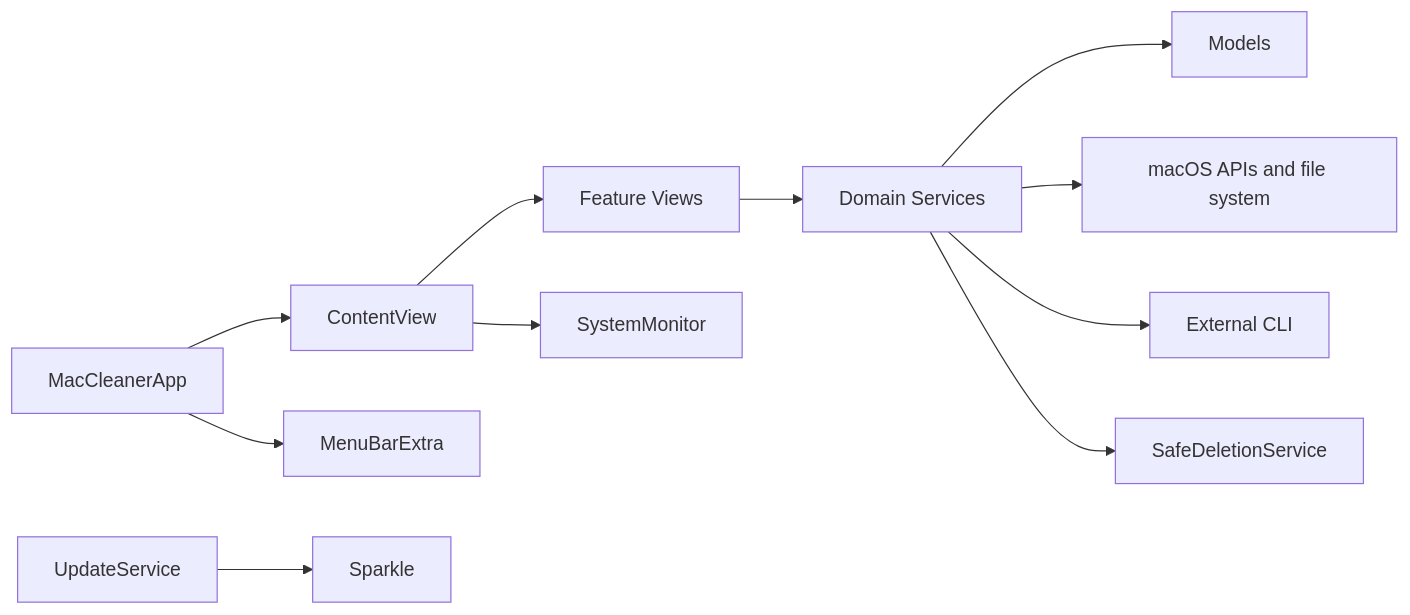
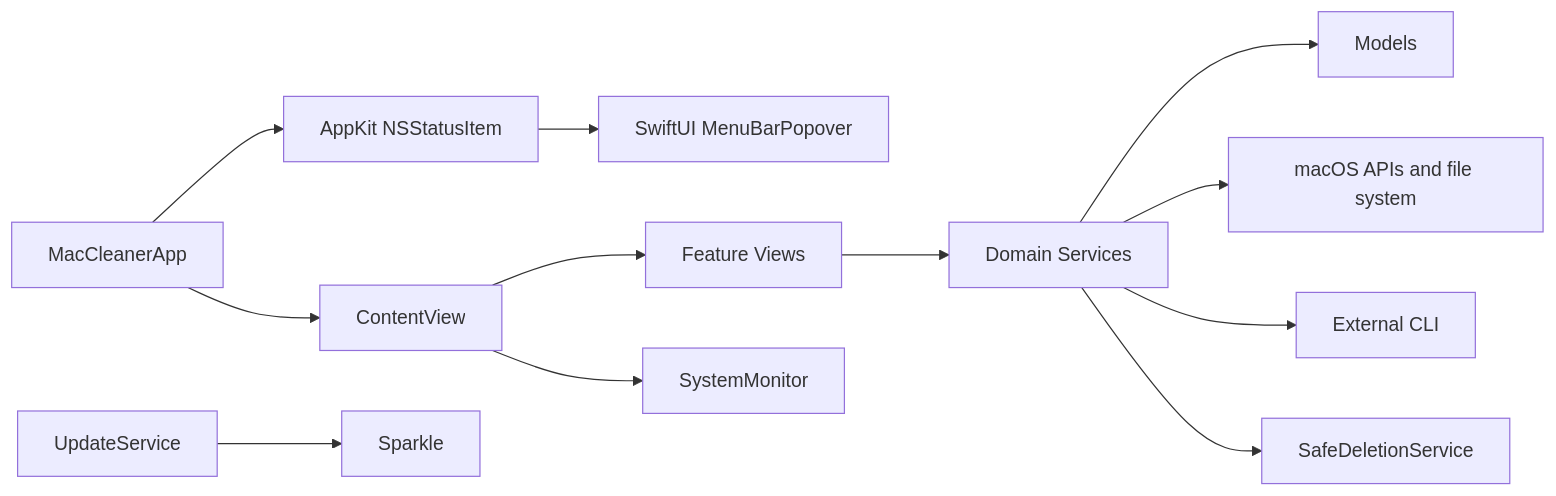
The diagram in docs/knowledge/Architecture.md (Jas952/MacCleaner), drawn with Mermaid before and after one commit. The commit also changed other lines of this file and 55 other files, not shown here.

````diff
--- a/docs/knowledge/Architecture.md
+++ b/docs/knowledge/Architecture.md
@@ -7,13 +11,14 @@
 ```mermaid
 flowchart LR
     App[MacCleanerApp] --> Root[ContentView]
-    App --> Menu[MenuBarExtra]
+    App --> Menu[AppKit NSStatusItem]
+    Menu --> Popover[SwiftUI MenuBarPopover]
     Root --> Views[Feature Views]
     Root --> Monitor[SystemMonitor]
     Views --> Services[Domain Services]
     Services --> Models[Models]
     Services --> OS[macOS APIs and file system]
     Services --> CLI[External CLI]
     Services --> Safety[SafeDeletionService]
     Update[UpdateService] --> Sparkle[Sparkle]
 ```
````
